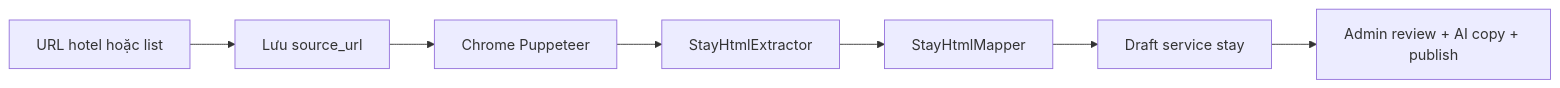
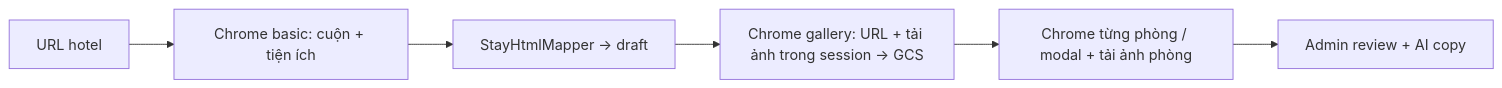
One commit to hiphuquoc/vitravel changed the diagram in docs/16-accommodation-stays.md. Above: the diagram before and after it, drawn with Mermaid. The commit also changed other lines of this file and 64 other files, not shown here.

````diff
--- a/docs/16-accommodation-stays.md
+++ b/docs/16-accommodation-stays.md
@@ -148,9 +176,8 @@
 ```mermaid
 flowchart LR
-  A[URL hotel hoặc list] --> B[Lưu source_url]
-  B --> C[Chrome Puppeteer]
-  C --> D[StayHtmlExtractor]
-  D --> E[StayHtmlMapper]
-  E --> F[Draft service stay]
-  F --> G[Admin review + AI copy + publish]
+  A[URL hotel] --> B[Chrome basic: cuộn + tiện ích]
+  B --> C[StayHtmlMapper → draft]
+  C --> D[Chrome gallery: URL + tải ảnh trong session → GCS]
+  D --> E[Chrome từng phòng / modal + tải ảnh phòng]
+  E --> F[Admin review + AI copy]
 ```
````
